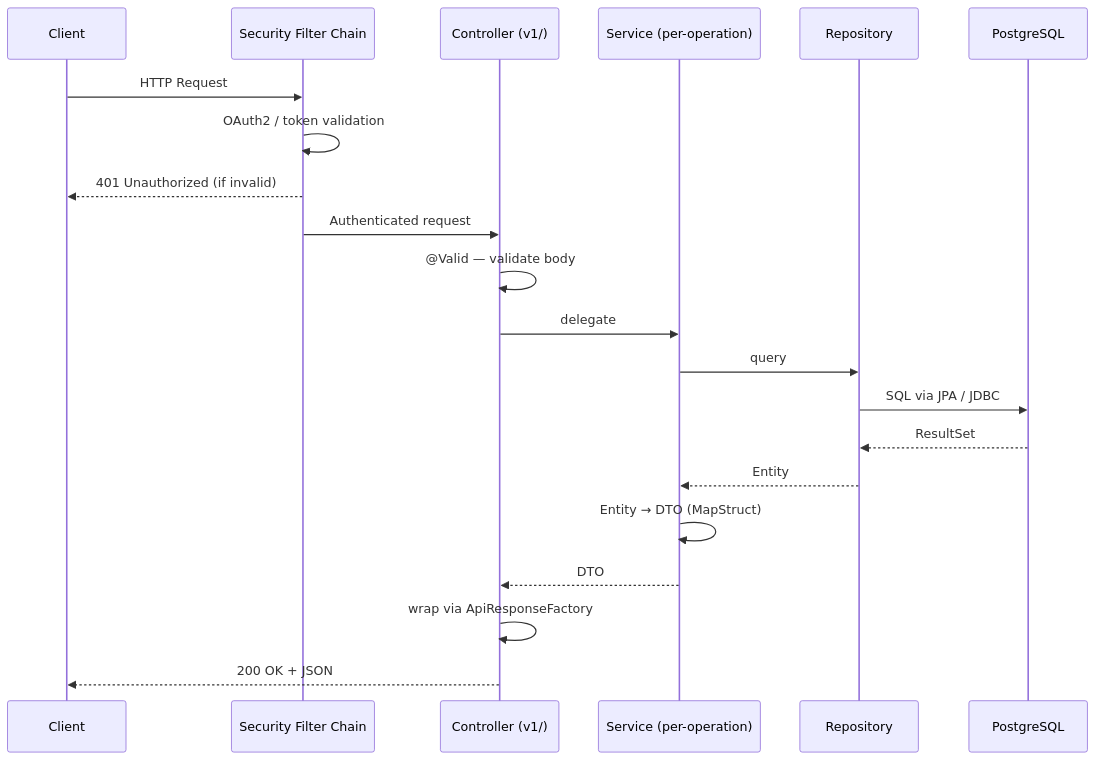
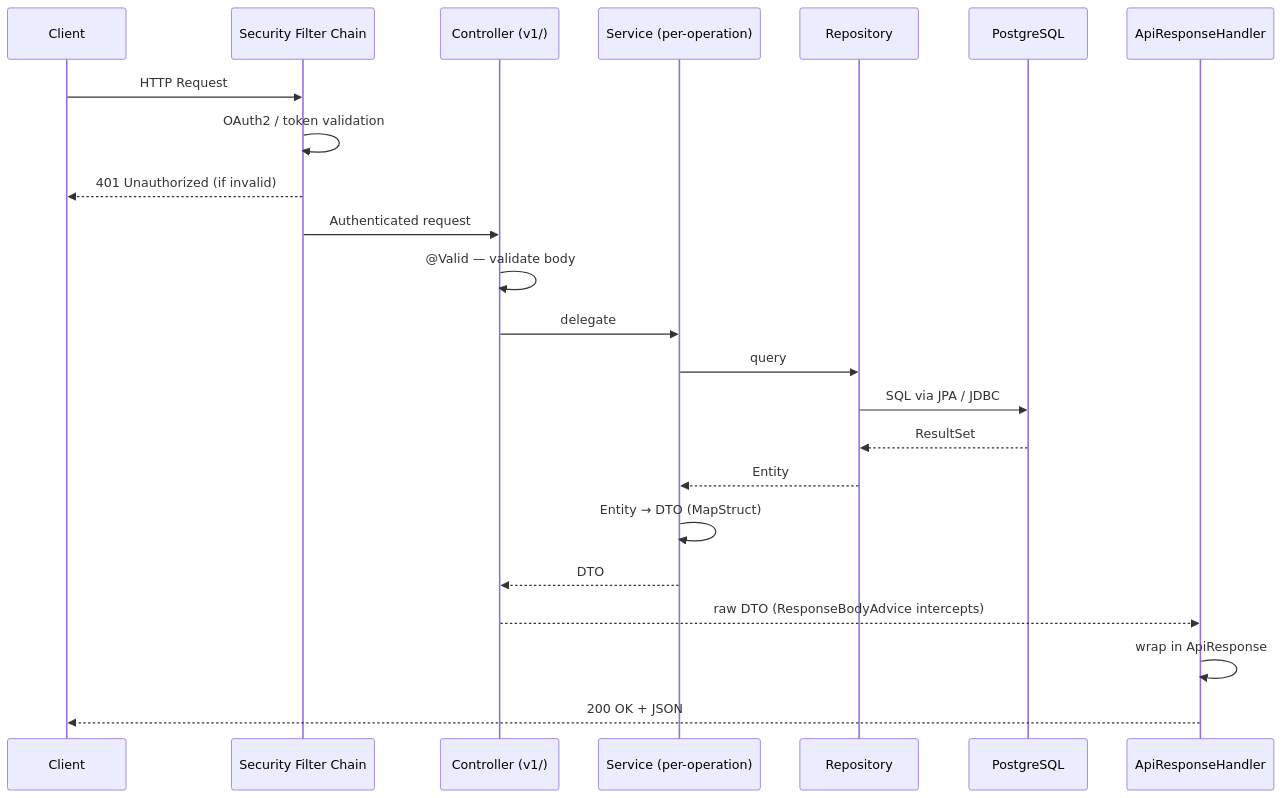
Before and after one commit to nt-hongnhat/StoreVision: the second of 5 diagrams in README.md, drawn with Mermaid. The commit also changed other lines of this file, not shown here.

First line of the commit message:
feat(docs): enhance README with updated architectural details

````diff
--- a/README.md
+++ b/README.md
@@ -127,24 +129,26 @@
 ```mermaid
 sequenceDiagram
     participant Client
     participant Filter as Security Filter Chain
     participant Controller as Controller (v1/)
     participant Service as Service (per-operation)
     participant Repository as Repository
     participant DB as PostgreSQL
+    participant Advice as ApiResponseHandler
 
     Client->>Filter: HTTP Request
     Filter->>Filter: OAuth2 / token validation
     Filter-->>Client: 401 Unauthorized (if invalid)
     Filter->>Controller: Authenticated request
     Controller->>Controller: @Valid — validate body
     Controller->>Service: delegate
     Service->>Repository: query
     Repository->>DB: SQL via JPA / JDBC
     DB-->>Repository: ResultSet
     Repository-->>Service: Entity
     Service->>Service: Entity → DTO (MapStruct)
     Service-->>Controller: DTO
-    Controller->>Controller: wrap via ApiResponseFactory
-    Controller-->>Client: 200 OK + JSON
+    Controller-->>Advice: raw DTO (ResponseBodyAdvice intercepts)
+    Advice->>Advice: wrap in ApiResponse
+    Advice-->>Client: 200 OK + JSON
 ```
````
